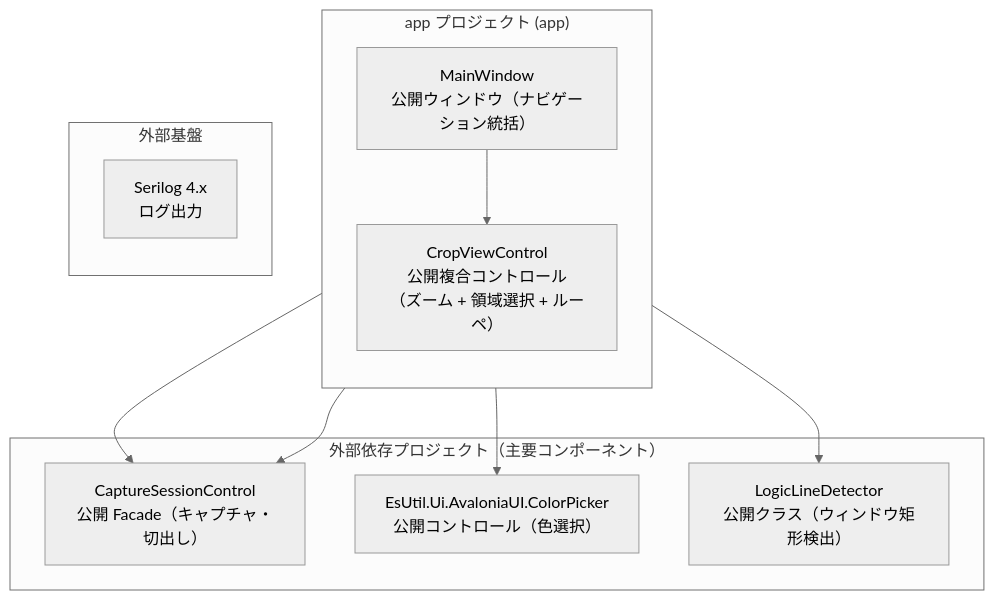
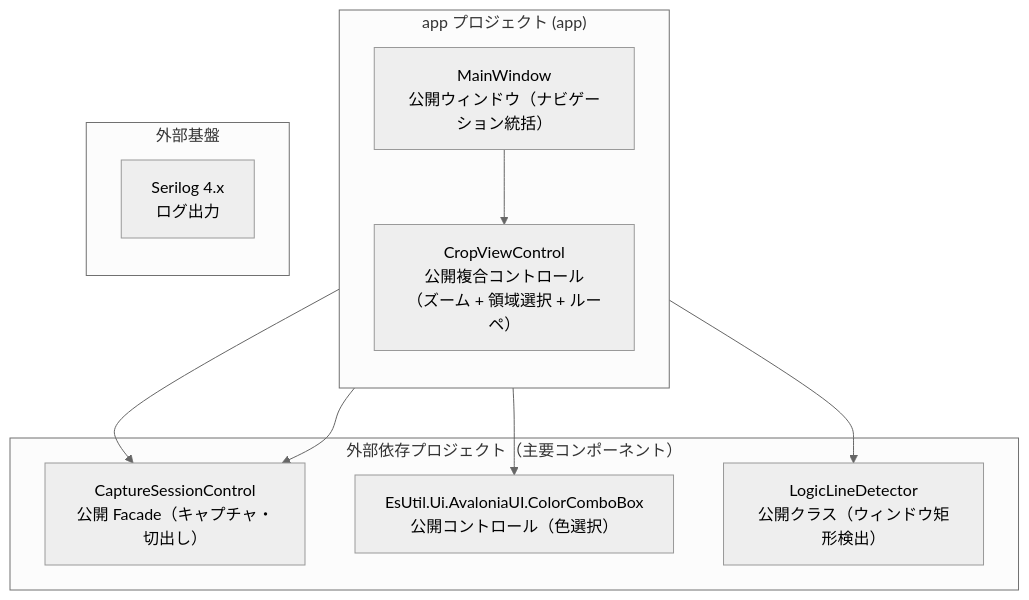
Before and after one commit to tomokuni/SaveEvidence: the first of 2 diagrams in src/App.AvaloniaUI/docs/SPEC_System.md, drawn with Mermaid (neutral theme). The commit also changed other lines of this file and 7 other files, not shown here.

First line of the commit message:
色選択コントロールの改名（ColorComboBox）に追随する

````diff
--- a/src/App.AvaloniaUI/docs/SPEC_System.md
+++ b/src/App.AvaloniaUI/docs/SPEC_System.md
@@ -92,23 +92,23 @@
 ```mermaid
 flowchart TB
     subgraph APP["app プロジェクト (app)"]
         direction TB
         Main["MainWindow<br/>公開ウィンドウ（ナビゲーション統括）"]
         CV["CropViewControl<br/>公開複合コントロール<br/>（ズーム + 領域選択 + ルーペ）"]
     end
     subgraph Dep["外部依存プロジェクト（主要コンポーネント）"]
         SN["CaptureSessionControl<br/>公開 Facade（キャプチャ・切出し）"]
-        CPK["EsUtil.Ui.AvaloniaUI.ColorPicker<br/>公開コントロール（色選択）"]
+        CPK["EsUtil.Ui.AvaloniaUI.ColorComboBox<br/>公開コントロール（色選択）"]
         LD["LogicLineDetector<br/>公開クラス（ウィンドウ矩形検出）"]
     end
     subgraph Infra["外部基盤"]
         direction TB
         Serilog["Serilog 4.x<br/>ログ出力"]
     end
 
     Main --> CV
     Main --> SN
     CV --> SN
     Main --> CPK
     Main --> LD
 ```
````
